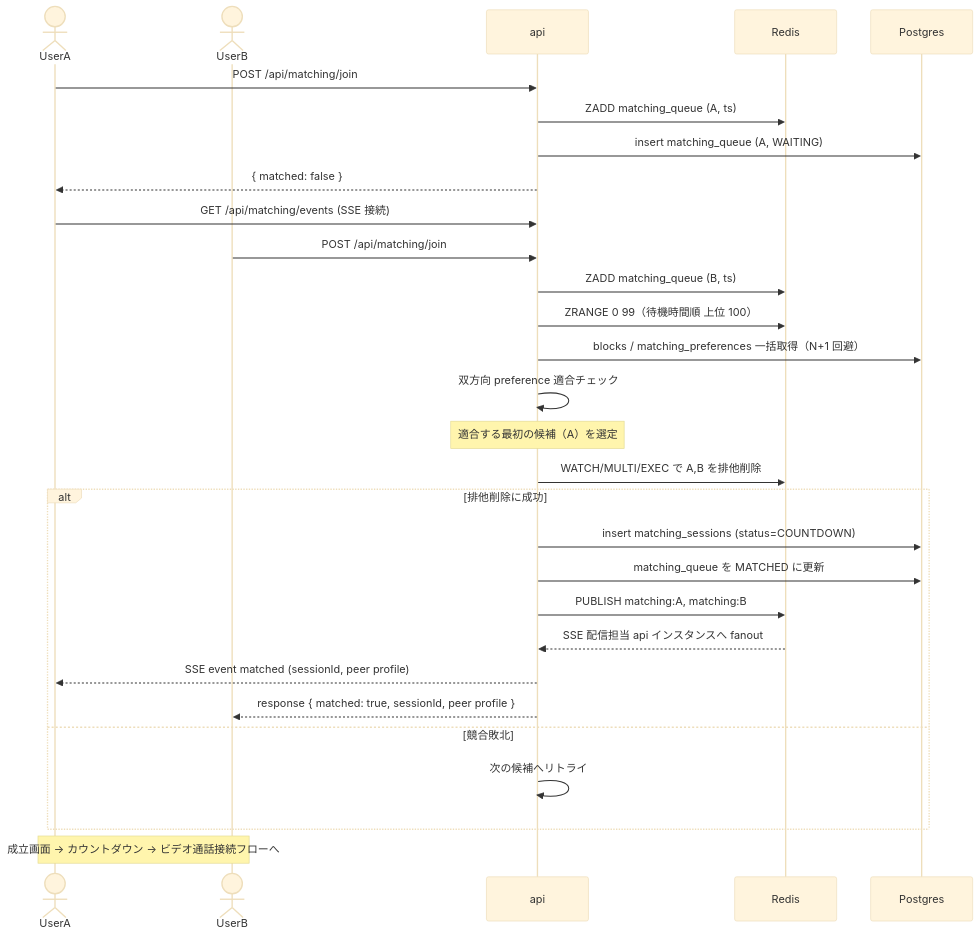
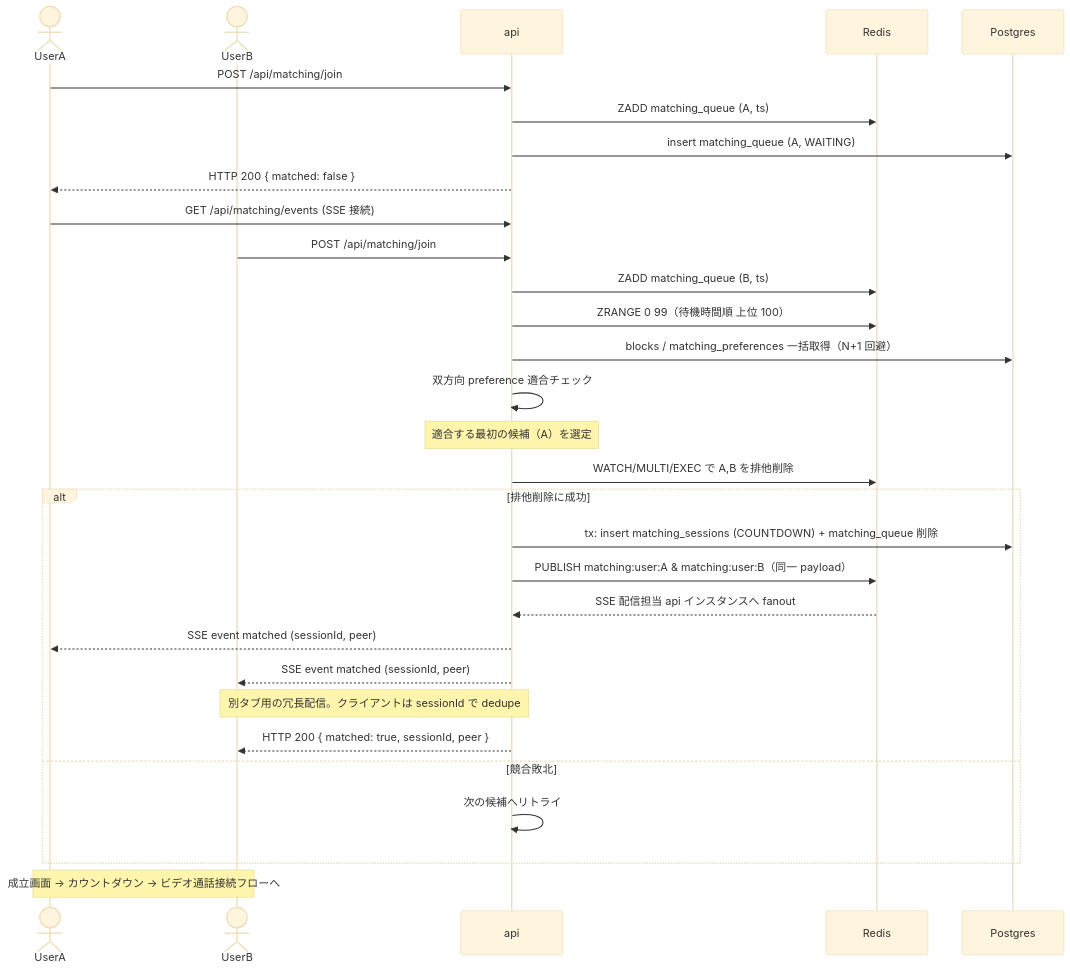
One commit to kentakki416/sns-battle changed the second of 9 diagrams in docs/spec/matching/README.md. Above: the diagram before and after it, drawn with Mermaid (base theme). The commit also changed other lines of this file, not shown here.

First line of the commit message:
docs(matching): 成立フローの通知経路 (HTTP/SSE) と復旧手順を追記

````diff
--- a/docs/spec/matching/README.md
+++ b/docs/spec/matching/README.md
@@ -398,34 +404,35 @@
 ```mermaid
 sequenceDiagram
     actor A as UserA
     actor B as UserB
     participant API as api
     participant Redis
     participant DB as Postgres
 
     A->>API: POST /api/matching/join
     API->>Redis: ZADD matching_queue (A, ts)
     API->>DB: insert matching_queue (A, WAITING)
-    API-->>A: { matched: false }
+    API-->>A: HTTP 200 { matched: false }
     A->>API: GET /api/matching/events (SSE 接続)
 
     B->>API: POST /api/matching/join
     API->>Redis: ZADD matching_queue (B, ts)
     API->>Redis: ZRANGE 0 99（待機時間順 上位 100）
     API->>DB: blocks / matching_preferences 一括取得（N+1 回避）
     API->>API: 双方向 preference 適合チェック
     Note over API: 適合する最初の候補（A）を選定
     API->>Redis: WATCH/MULTI/EXEC で A,B を排他削除
     alt 排他削除に成功
-        API->>DB: insert matching_sessions (status=COUNTDOWN)
-        API->>DB: matching_queue を MATCHED に更新
-        API->>Redis: PUBLISH matching:A, matching:B
+        API->>DB: tx: insert matching_sessions (COUNTDOWN) + matching_queue 削除
+        API->>Redis: PUBLISH matching:user:A & matching:user:B（同一 payload）
         Redis-->>API: SSE 配信担当 api インスタンスへ fanout
-        API-->>A: SSE event matched (sessionId, peer profile)
-        API-->>B: response { matched: true, sessionId, peer profile }
+        API-->>A: SSE event matched (sessionId, peer)
+        API-->>B: SSE event matched (sessionId, peer)
+        Note over API,B: 別タブ用の冗長配信。クライアントは sessionId で dedupe
+        API-->>B: HTTP 200 { matched: true, sessionId, peer }
     else 競合敗北
         API->>API: 次の候補へリトライ
     end
 
     Note over A,B: 成立画面 → カウントダウン → ビデオ通話接続フローへ
 ```
````
